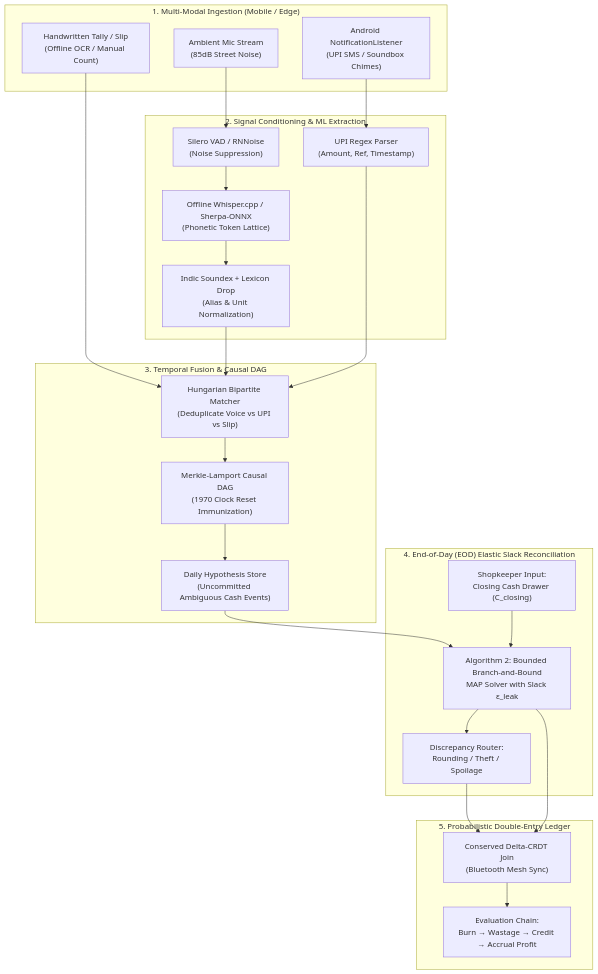
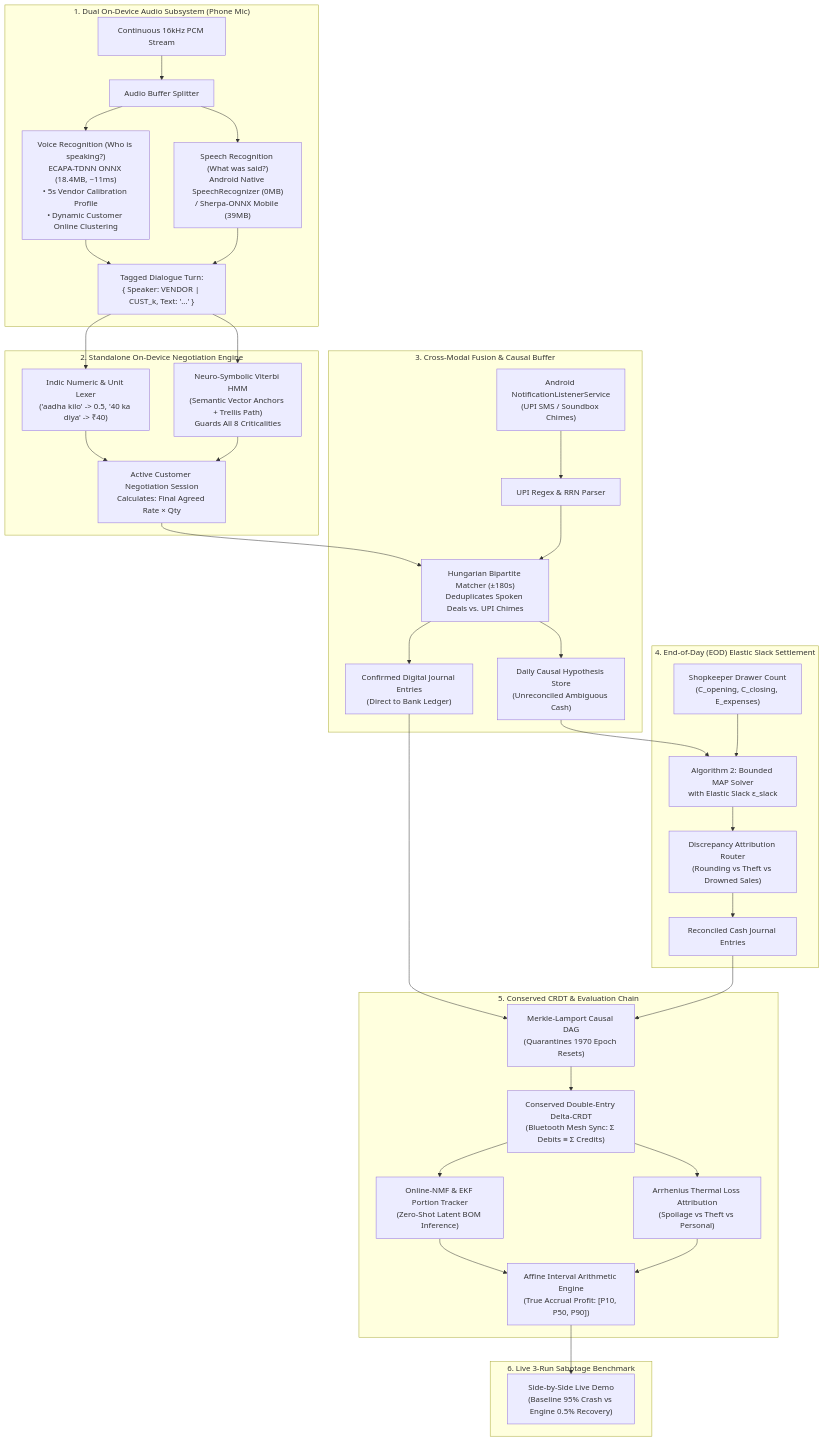
The diagram in features_to_implement.md (rawat-is-here/cascade), drawn with Mermaid before and after one commit. The commit also changed other lines of this file and 30 other files, not shown here.

````diff
--- a/features_to_implement.md
+++ b/features_to_implement.md
@@ -24,42 +10,45 @@
 ```mermaid
 flowchart TD
-    subgraph Ingestion ["1. Multi-Modal Ingestion (Mobile / Edge)"]
-        Audio["Ambient Mic Stream<br/>(85dB Street Noise)"]
-        SMS["Android NotificationListener<br/>(UPI SMS / Soundbox Chimes)"]
-        Slip["Handwritten Tally / Slip<br/>(Offline OCR / Manual Count)"]
+    subgraph MobilePerception ["1. Dual On-Device Audio Subsystem (Phone Mic)"]
+        Mic["Continuous 16kHz PCM Stream"] --> Splitter["Audio Buffer Splitter"]
+        
+        Splitter --> VoiceRec["Voice Recognition (Who is speaking?)<br/>ECAPA-TDNN ONNX (18.4MB, ~11ms)<br/>• 5s Vendor Calibration Profile<br/>• Dynamic Customer Online Clustering"]
+        Splitter --> SpeechRec["Speech Recognition (What was said?)<br/>Android Native SpeechRecognizer (0MB)<br/>/ Sherpa-ONNX Mobile (39MB)"]
+        
+        VoiceRec & SpeechRec --> TurnFusion["Tagged Dialogue Turn:<br/>{ Speaker: VENDOR | CUST_k, Text: '...' }"]
     end
 
-    subgraph SignalProcessing ["2. Signal Conditioning & ML Extraction"]
-        VAD["Silero VAD / RNNoise<br/>(Noise Suppression)"]
-        ASR["Offline Whisper.cpp / Sherpa-ONNX<br/>(Phonetic Token Lattice)"]
-        Lexicon["Indic Soundex + Lexicon Drop<br/>(Alias & Unit Normalization)"]
-        SMSParse["UPI Regex Parser<br/>(Amount, Ref, Timestamp)"]
+    subgraph MobileNegotiation ["2. Standalone On-Device Negotiation Engine"]
+        TurnFusion --> Lexer["Indic Numeric & Unit Lexer<br/>('aadha kilo' -> 0.5, '40 ka diya' -> ₹40)"]
+        TurnFusion --> Viterbi["Neuro-Symbolic Viterbi HMM<br/>(Semantic Vector Anchors + Trellis Path)<br/>Guards All 8 Criticalities"]
+        Lexer & Viterbi --> NegSession["Active Customer Negotiation Session<br/>Calculates: Final Agreed Rate × Qty"]
     end
 
-    subgraph FusionEngine ["3. Temporal Fusion & Causal DAG"]
-        Bipartite["Hungarian Bipartite Matcher<br/>(Deduplicate Voice vs UPI vs Slip)"]
-        DAG["Merkle-Lamport Causal DAG<br/>(1970 Clock Reset Immunization)"]
-        Buffer["Daily Hypothesis Store<br/>(Uncommitted Ambiguous Cash Events)"]
+    subgraph CrossModalFusion ["3. Cross-Modal Fusion & Causal Buffer"]
+        Notif["Android NotificationListenerService<br/>(UPI SMS / Soundbox Chimes)"] --> RegexUPI["UPI Regex & RRN Parser"]
+        NegSession & RegexUPI --> Bipartite["Hungarian Bipartite Matcher (±180s)<br/>Deduplicates Spoken Deals vs. UPI Chimes"]
+        
+        Bipartite --> ConfirmedUPI["Confirmed Digital Journal Entries<br/>(Direct to Bank Ledger)"]
+        Bipartite --> DailyBuffer["Daily Causal Hypothesis Store<br/>(Unreconciled Ambiguous Cash)"]
     end
 
-    subgraph EODSettlement ["4. End-of-Day (EOD) Elastic Slack Reconciliation"]
-        Shopkeeper["Shopkeeper Input:<br/>Closing Cash Drawer (C_closing)"]
-        Solver["Algorithm 2: Bounded Branch-and-Bound<br/>MAP Solver with Slack ε_leak"]
-        Discrepancy["Discrepancy Router:<br/>Rounding / Theft / Spoilage"]
+    subgraph EODSettlement ["4. End-of-Day (EOD) Elastic Slack Settlement"]
+        Drawer["Shopkeeper Drawer Count<br/>(C_opening, C_closing, E_expenses)"]
+        DailyBuffer & Drawer --> Solver["Algorithm 2: Bounded MAP Solver<br/>with Elastic Slack ε_slack"]
+        Solver --> Discrepancy["Discrepancy Attribution Router<br/>(Rounding vs Theft vs Drowned Sales)"]
+        Discrepancy --> ReconciledCash["Reconciled Cash Journal Entries"]
     end
 
-    subgraph DoubleEntryCRDT ["5. Probabilistic Double-Entry Ledger"]
-        CRDT["Conserved Delta-CRDT Join<br/>(Bluetooth Mesh Sync)"]
-        Chain["Evaluation Chain:<br/>Burn → Wastage → Credit → Accrual Profit"]
+    subgraph CausalLedger ["5. Conserved CRDT & Evaluation Chain"]
+        ConfirmedUPI & ReconciledCash --> DAG["Merkle-Lamport Causal DAG<br/>(Quarantines 1970 Epoch Resets)"]
+        DAG --> CRDT["Conserved Double-Entry Delta-CRDT<br/>(Bluetooth Mesh Sync: Σ Debits ≡ Σ Credits)"]
+        
+        CRDT --> NMF["Online-NMF & EKF Portion Tracker<br/>(Zero-Shot Latent BOM Inference)"]
+        CRDT --> Arrhenius["Arrhenius Thermal Loss Attribution<br/>(Spoilage vs Theft vs Personal)"]
+        NMF & Arrhenius --> Accrual["Affine Interval Arithmetic Engine<br/>(True Accrual Profit: [P10, P50, P90])"]
     end
 
-    Audio --> VAD --> ASR --> Lexicon
-    SMS --> SMSParse
-    Slip --> Bipartite
-    Lexicon & SMSParse --> Bipartite
-    Bipartite --> DAG
-    DAG --> Buffer
-    Buffer & Shopkeeper --> Solver
-    Solver --> Discrepancy --> CRDT
-    Solver --> CRDT --> Chain
+    subgraph LiveBenchmark ["6. Live 3-Run Sabotage Benchmark"]
+        Accrual --> BenchmarkDemo["Side-by-Side Live Demo<br/>(Baseline 95% Crash vs Engine 0.5% Recovery)"]
+    end
 ```
````
